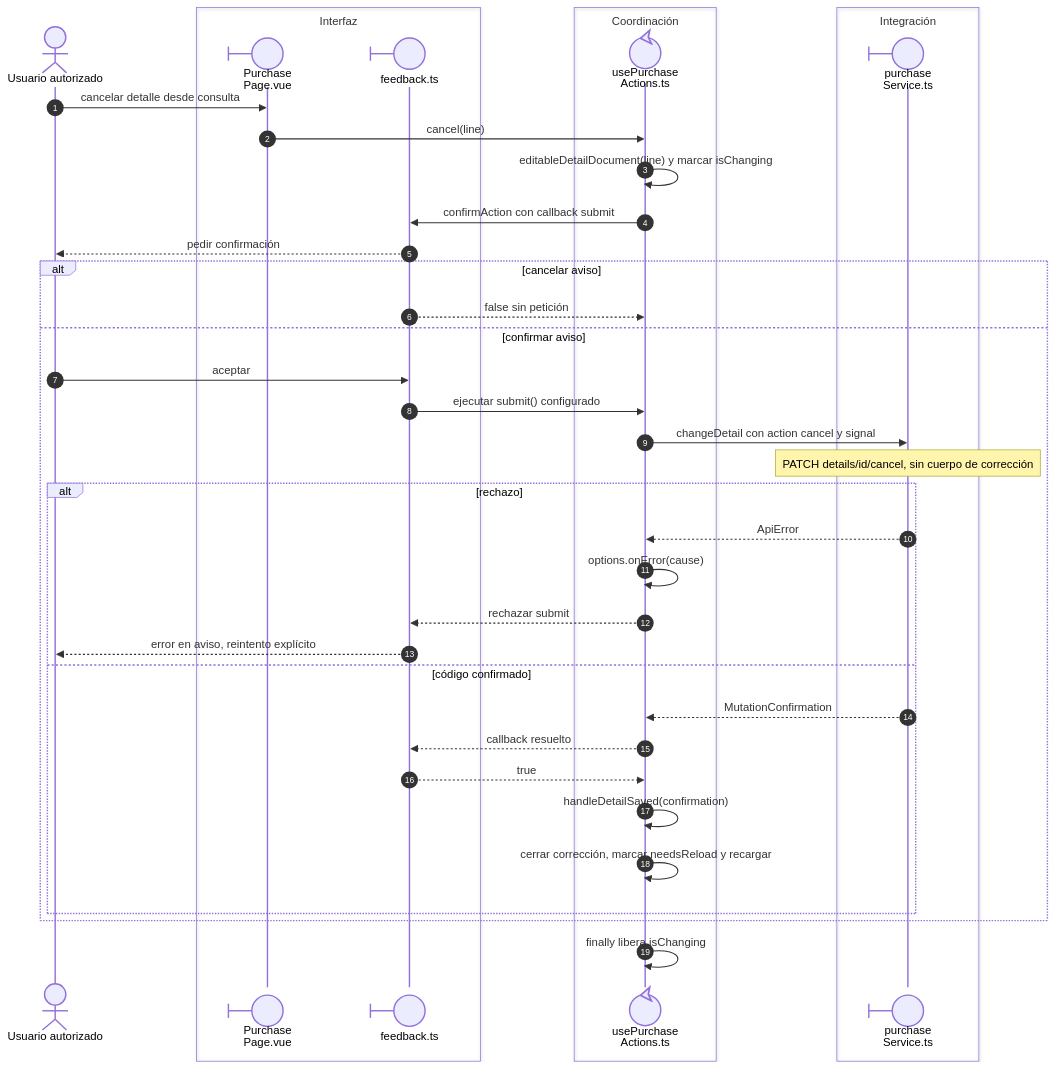
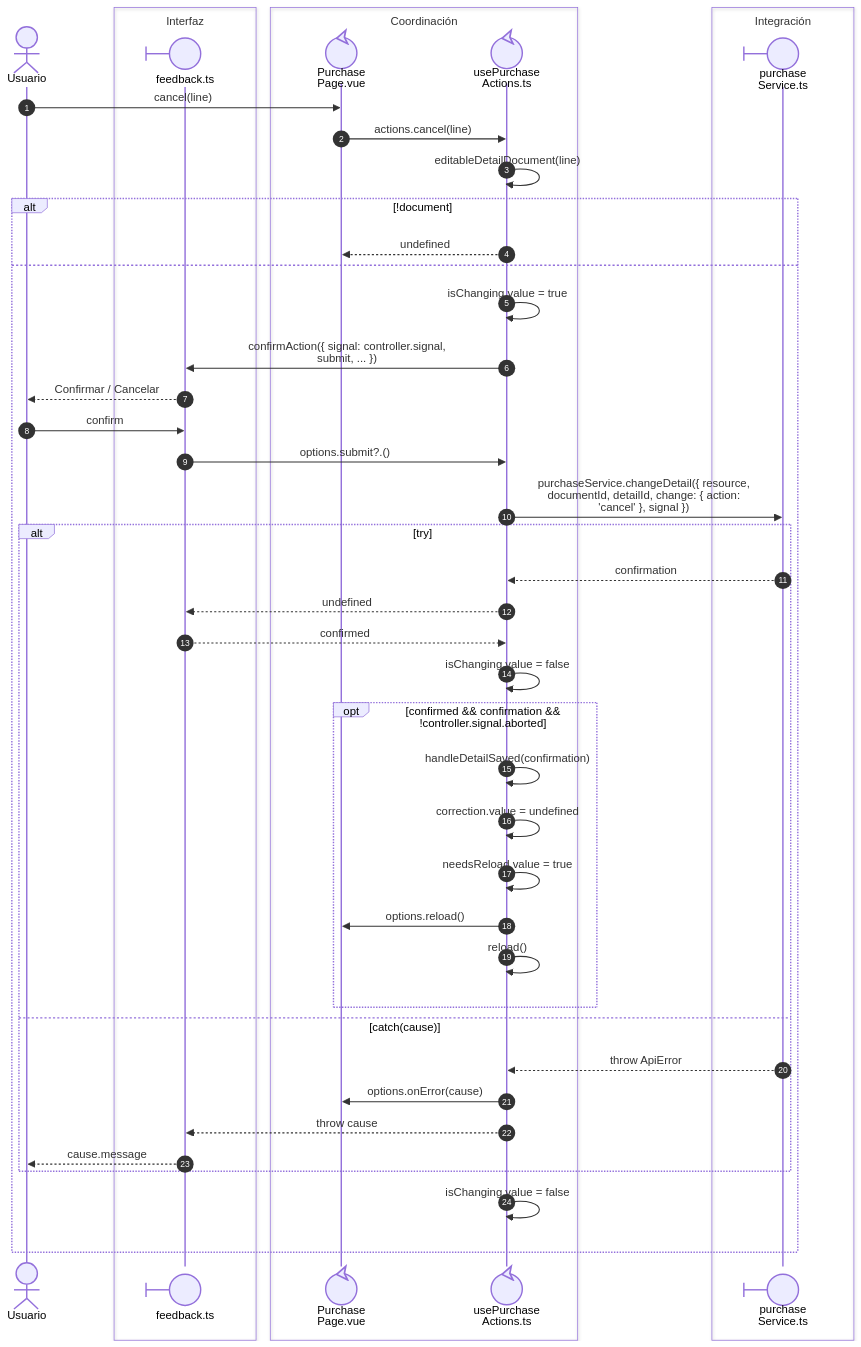
Before and after one commit to gpgsistemas01/nexus: the diagram in front/docs/architecture/views/processes/06-purchases/04-purchase-cancel.md, drawn with Mermaid. The commit also changed other lines of this file and 43 other files, not shown here.

Commit message:
docs: reflejar código y roles en secuencias Vue

````diff
--- a/front/docs/architecture/views/processes/06-purchases/04-purchase-cancel.md
+++ b/front/docs/architecture/views/processes/06-purchases/04-purchase-cancel.md
@@ -13,41 +9,47 @@
 ```mermaid
 sequenceDiagram
     autonumber
-    actor U as Usuario autorizado
+    actor U as Usuario
     box Interfaz
-    participant Page@{ "type": "boundary" } as Purchase<br/>Page.vue
     participant Feedback@{ "type": "boundary" } as feedback.ts
     end
     box Coordinación
+    participant Page@{ "type": "control" } as Purchase<br/>Page.vue
     participant Actions@{ "type": "control" } as usePurchase<br/>Actions.ts
     end
     box Integración
     participant Service@{ "type": "boundary" } as purchase<br/>Service.ts
     end
-    U->>Page: cancelar detalle desde consulta
-    Page->>Actions: cancel(line)
-    Actions->>Actions: editableDetailDocument(line) y marcar isChanging
-    Actions->>Feedback: confirmAction con callback submit
-    Feedback-->>U: pedir confirmación
-    alt cancelar aviso
-        Feedback-->>Actions: false sin petición
-    else confirmar aviso
-        U->>Feedback: aceptar
-        Feedback->>Actions: ejecutar submit() configurado
-        Actions->>Service: changeDetail con action cancel y signal
-        Note over Service: PATCH details/id/cancel, sin cuerpo de corrección
-        alt rechazo
-            Service-->>Actions: ApiError
-            Actions->>Actions: options.onError(cause)
-            Actions-->>Feedback: rechazar submit
-            Feedback-->>U: error en aviso, reintento explícito
-        else código confirmado
-            Service-->>Actions: MutationConfirmation
-            Actions-->>Feedback: callback resuelto
-            Feedback-->>Actions: true
-            Actions->>Actions: handleDetailSaved(confirmation)
-            Actions->>Actions: cerrar corrección, marcar needsReload y recargar
+    U->>Page: nowrap: cancel(line)
+    Page->>Actions: nowrap: actions.cancel(line)
+    Actions->>Actions: nowrap: editableDetailDocument(line)
+    alt nowrap: !document
+        Actions-->>Page: nowrap: undefined
+    else
+        Actions->>Actions: nowrap: isChanging.value = true
+        Actions->>Feedback: nowrap: confirmAction({ signal: controller.signal,<br/>submit, ... })
+        Feedback-->>U: nowrap: Confirmar / Cancelar
+        U->>Feedback: nowrap: confirm
+        Feedback->>Actions: nowrap: options.submit?.()
+        Actions->>Service: nowrap: purchaseService.changeDetail({ resource,<br/>documentId, detailId, change: { action:<br/>'cancel' }, signal })
+        alt nowrap: try
+            Service-->>Actions: nowrap: confirmation
+            Actions-->>Feedback: nowrap: undefined
+            Feedback-->>Actions: nowrap: confirmed
+            Actions->>Actions: nowrap: isChanging.value = false
+            opt nowrap: confirmed && confirmation &&<br/>!controller.signal.aborted
+                Actions->>Actions: nowrap: handleDetailSaved(confirmation)
+                Actions->>Actions: nowrap: correction.value = undefined
+                Actions->>Actions: nowrap: needsReload.value = true
+                Actions->>Page: nowrap: options.reload()
+                Actions->>Actions: nowrap: reload()
+            end
+        else nowrap: catch(cause)
+            Service-->>Actions: nowrap: throw ApiError
+            Actions->>Page: nowrap: options.onError(cause)
+            Actions-->>Feedback: nowrap: throw cause
+            Feedback-->>U: nowrap: cause.message
         end
+        Actions->>Actions: nowrap: isChanging.value = false
     end
-    Actions->>Actions: finally libera isChanging
 ```
````
